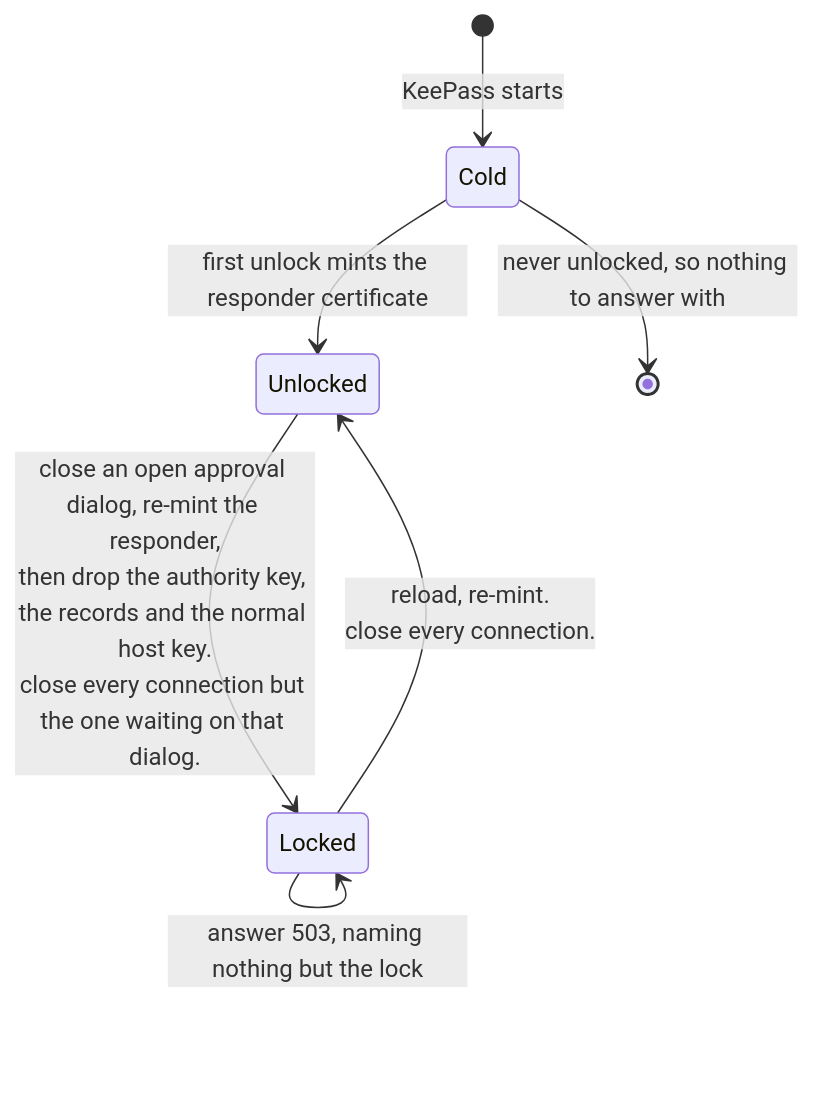
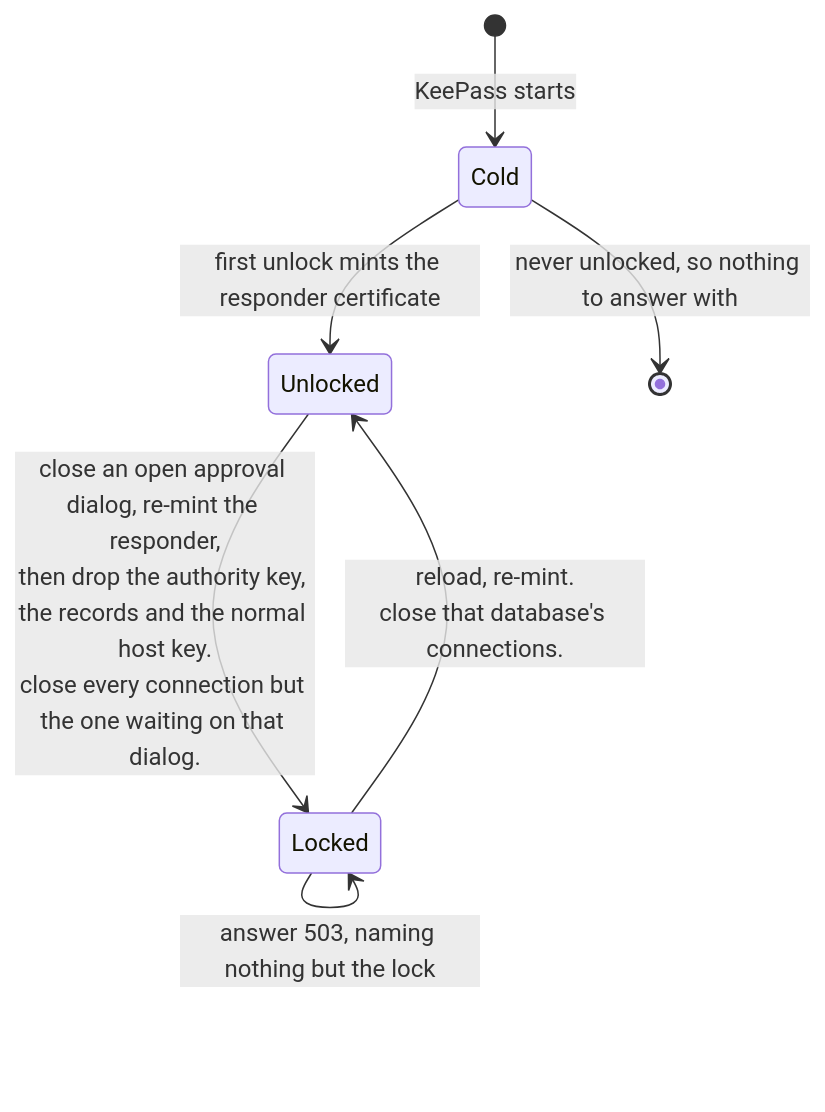
One commit to mfrnd/KeePassGate changed the fifth of 5 diagrams in PAIRING.md. Above: the diagram before and after it, drawn with Mermaid. The commit also changed other lines of this file and 19 other files, not shown here.

First line of the commit message:
Let a close or an unlock end only its own database's connections

````diff
--- a/PAIRING.md
+++ b/PAIRING.md
@@ -390,9 +391,9 @@
 ```mermaid
 stateDiagram-v2
     [*] --> Cold: KeePass starts
     Cold --> Unlocked: first unlock mints the responder certificate
     Cold --> [*]: never unlocked, so nothing to answer with
     Unlocked --> Locked: close an open approval dialog, re-mint the responder,<br/>then drop the authority key, the records and the normal host key.<br/>close every connection but the one waiting on that dialog.
-    Locked --> Unlocked: reload, re-mint.<br/>close every connection.
+    Locked --> Unlocked: reload, re-mint.<br/>close that database's connections.
     Locked --> Locked: answer 503, naming nothing but the lock
 ```
````
